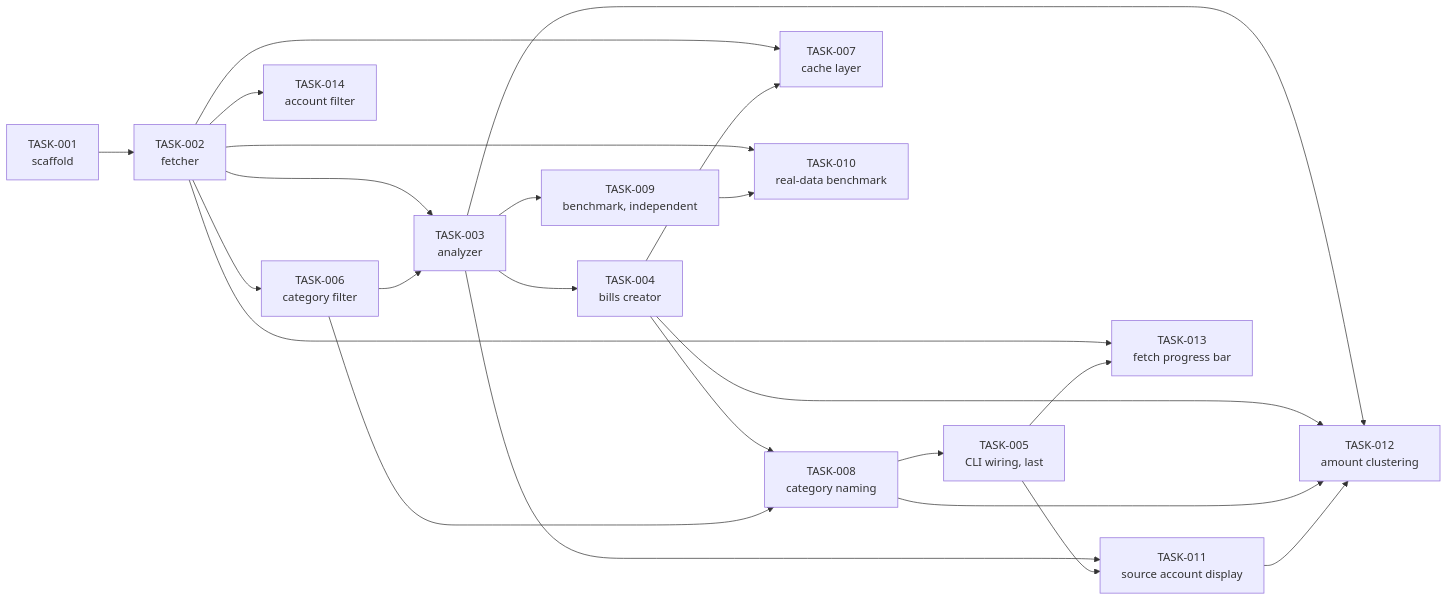
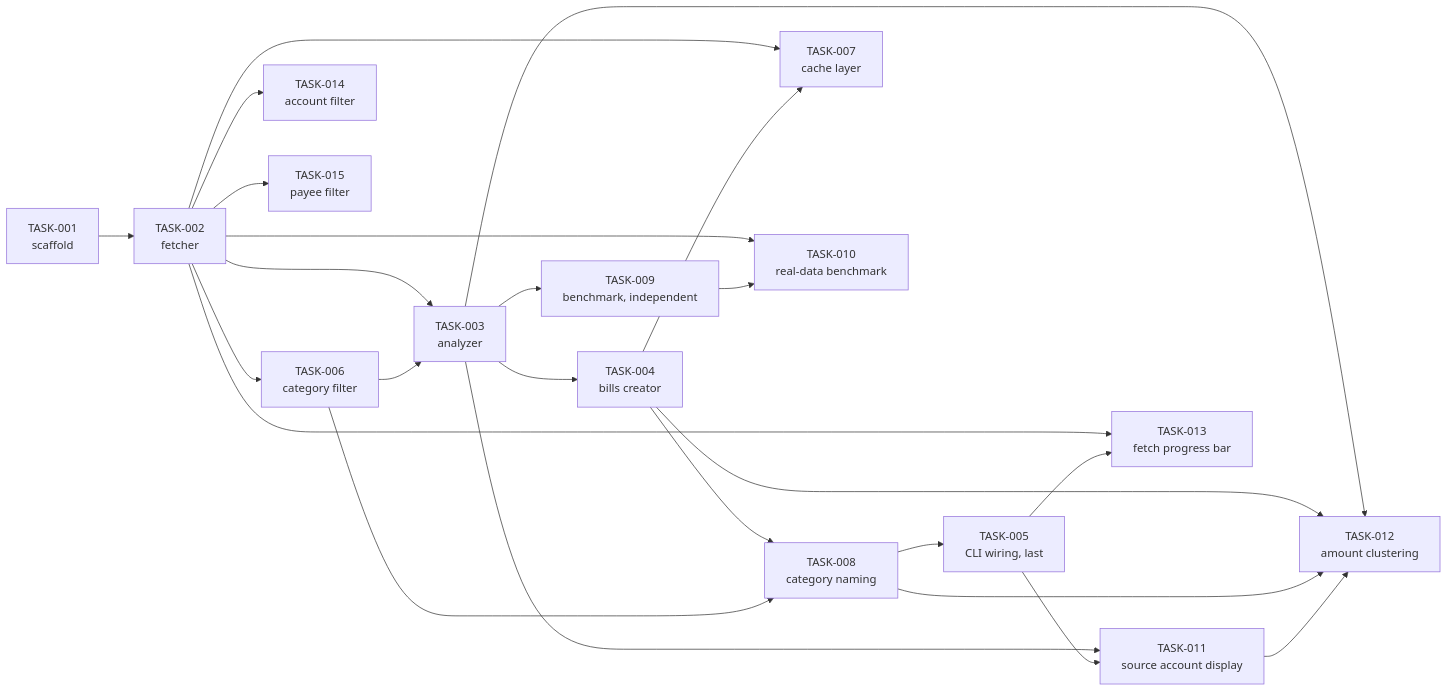
Before and after one commit to CmdrPrompt/firefly-bills-analyzer: the diagram in docs/tasks/README.md, drawn with Mermaid. The commit also changed other lines of this file and 2 other files, not shown here.

Commit message:
feat: add payee filtering functionality (UC10) with INCLUDE_PAYEES/EXCLUDE_PAYEES support

````diff
--- a/docs/tasks/README.md
+++ b/docs/tasks/README.md
@@ -29,25 +30,26 @@
 ```mermaid
 graph LR
     T001[TASK-001<br/>scaffold] --> T002[TASK-002<br/>fetcher]
     T002 --> T006[TASK-006<br/>category filter]
     T002 --> T003[TASK-003<br/>analyzer]
     T006 --> T003
     T003 --> T004[TASK-004<br/>bills creator]
     T004 --> T008[TASK-008<br/>category naming]
     T006 --> T008
     T002 --> T007[TASK-007<br/>cache layer]
     T004 --> T007
     T008 --> T005[TASK-005<br/>CLI wiring, last]
     T003 --> T009[TASK-009<br/>benchmark, independent]
     T002 --> T010[TASK-010<br/>real-data benchmark]
     T009 --> T010
     T003 --> T011[TASK-011<br/>source account display]
     T005 --> T011
     T003 --> T012[TASK-012<br/>amount clustering]
     T004 --> T012
     T008 --> T012
     T011 --> T012
     T002 --> T013[TASK-013<br/>fetch progress bar]
     T005 --> T013
     T002 --> T014[TASK-014<br/>account filter]
+    T002 --> T015[TASK-015<br/>payee filter]
 ```
````
